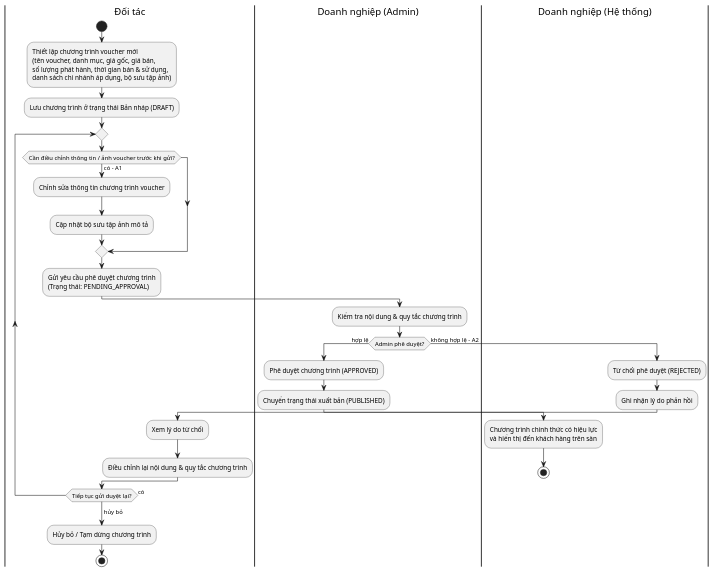
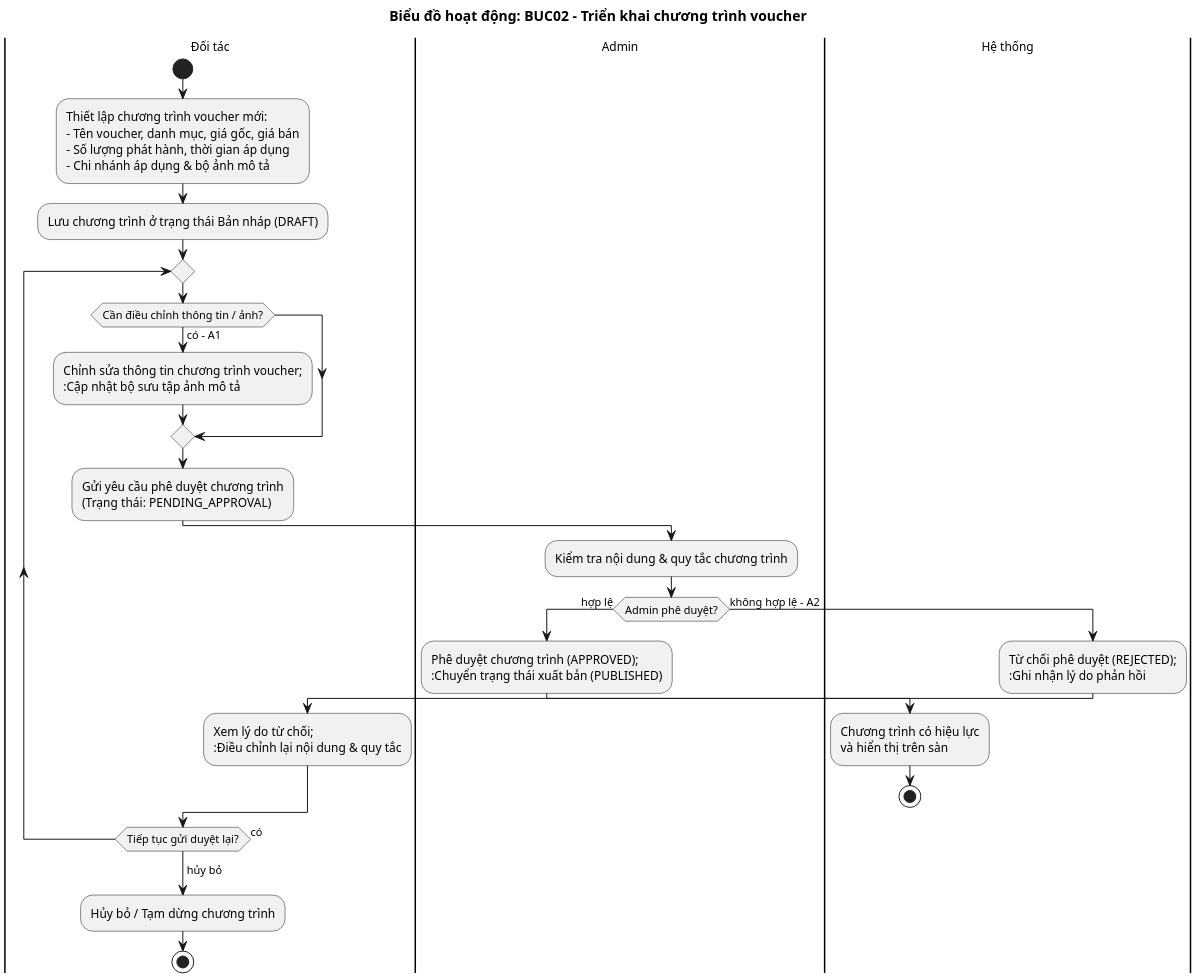
One commit to Ngo-The-Dat/e-voucher-system changed the diagram in doc/activity/doitac/BUC02_trien_khai_chuong_trinh_voucher.wsd. Above: the diagram before and after it, drawn with PlantUML. The commit also changed 82 other files, not shown here.

```diff
--- a/doc/activity/doitac/BUC02_trien_khai_chuong_trinh_voucher.wsd
+++ b/doc/activity/doitac/BUC02_trien_khai_chuong_trinh_voucher.wsd
@@ -1,44 +1,43 @@
 @startuml
+title Biểu đồ hoạt động: BUC02 - Triển khai chương trình voucher
+
+skinparam dpi 180
+skinparam defaultFontSize 12
+skinparam ActivityFontSize 12
+skinparam ActivityDiamondFontSize 11
+skinparam ArrowFontSize 11
+
 |Đối tác|
 start
 
-:Thiết lập chương trình voucher mới
-(tên voucher, danh mục, giá gốc, giá bán,
-số lượng phát hành, thời gian bán & sử dụng,
-danh sách chi nhánh áp dụng, bộ sưu tập ảnh);
+:Thiết lập chương trình voucher mới:\n- Tên voucher, danh mục, giá gốc, giá bán\n- Số lượng phát hành, thời gian áp dụng\n- Chi nhánh áp dụng & bộ ảnh mô tả;
 
 :Lưu chương trình ở trạng thái Bản nháp (DRAFT);
 
 repeat
-  if (Cần điều chỉnh thông tin / ảnh voucher trước khi gửi?) then (có - A1)
-    :Chỉnh sửa thông tin chương trình voucher;
-    :Cập nhật bộ sưu tập ảnh mô tả;
+  if (Cần điều chỉnh thông tin / ảnh?) then (có - A1)
+    :Chỉnh sửa thông tin chương trình voucher;\n:Cập nhật bộ sưu tập ảnh mô tả;
   endif
 
-  :Gửi yêu cầu phê duyệt chương trình
-  (Trạng thái: PENDING_APPROVAL);
+  :Gửi yêu cầu phê duyệt chương trình\n(Trạng thái: PENDING_APPROVAL);
 
-  |Doanh nghiệp (Admin)|
+  |Admin|
   :Kiểm tra nội dung & quy tắc chương trình;
 
   if (Admin phê duyệt?) then (hợp lệ)
-    :Phê duyệt chương trình (APPROVED);
-    :Chuyển trạng thái xuất bản (PUBLISHED);
-    |Doanh nghiệp (Hệ thống)|
-    :Chương trình chính thức có hiệu lực
-    và hiển thị đến khách hàng trên sàn;
+    :Phê duyệt chương trình (APPROVED);\n:Chuyển trạng thái xuất bản (PUBLISHED);
+    |Hệ thống|
+    :Chương trình có hiệu lực\nvà hiển thị trên sàn;
     stop
   else (không hợp lệ - A2)
-    :Từ chối phê duyệt (REJECTED);
-    :Ghi nhận lý do phản hồi;
+    :Từ chối phê duyệt (REJECTED);\n:Ghi nhận lý do phản hồi;
     |Đối tác|
-    :Xem lý do từ chối;
-    :Điều chỉnh lại nội dung & quy tắc chương trình;
+    :Xem lý do từ chối;\n:Điều chỉnh lại nội dung & quy tắc;
   endif
 repeat while (Tiếp tục gửi duyệt lại?) is (có)
 ->hủy bỏ;
 
 |Đối tác|
 :Hủy bỏ / Tạm dừng chương trình;
 stop
 @enduml
```
